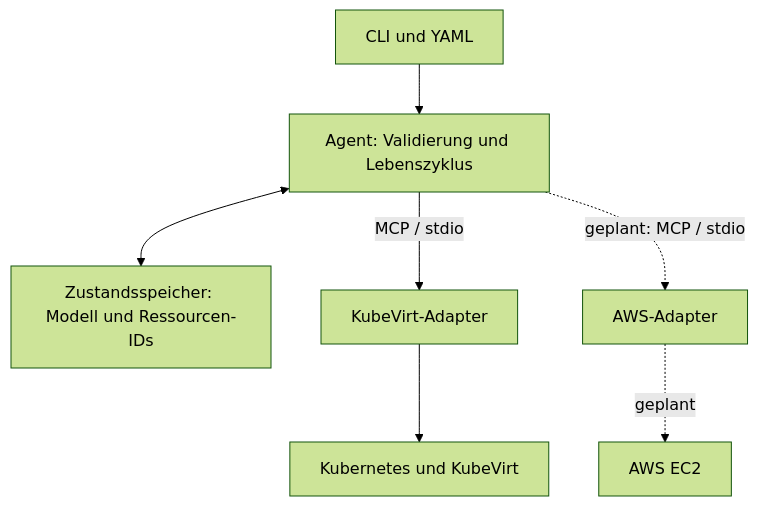
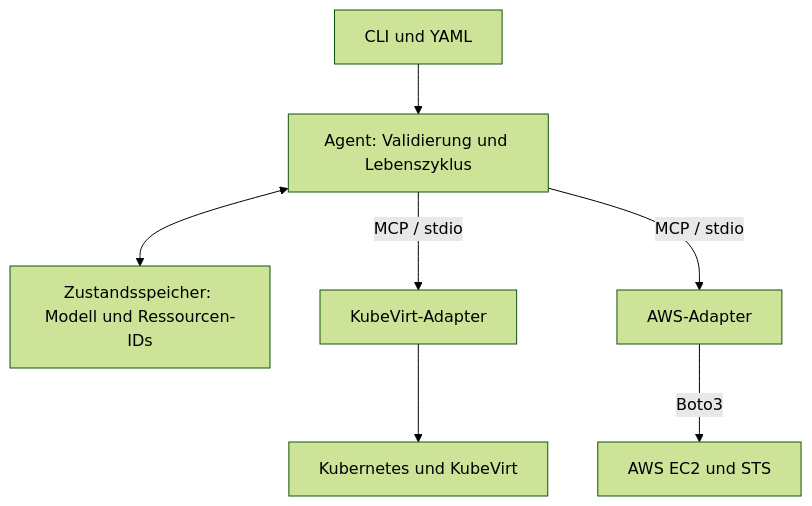
The fifth of 7 diagrams in docs/dokumentation.md (Cancani/diplomarbeit), drawn with Mermaid (forest theme) before and after one commit. The commit also changed other lines of this file and 1 other file, not shown here.

Commit message:
docs(update): AWS-Agentenbetrieb und Abbaukontrolle dokumentieren

````diff
--- a/docs/dokumentation.md
+++ b/docs/dokumentation.md
@@ -1147,9 +1149,9 @@
 ```mermaid
 flowchart TD
     Eingabe["CLI und YAML"] --> Agent["Agent: Validierung und Lebenszyklus"]
     Agent <--> Zustand["Zustandsspeicher: Modell und Ressourcen-IDs"]
     Agent -->|MCP / stdio| KubeVirtAdapter["KubeVirt-Adapter"]
-    Agent -.->|"geplant: MCP / stdio"| AWSAdapter["AWS-Adapter"]
+    Agent -->|MCP / stdio| AWSAdapter["AWS-Adapter"]
     KubeVirtAdapter --> KubeVirt["Kubernetes und KubeVirt"]
-    AWSAdapter -.->|"geplant"| AWS["AWS EC2"]
+    AWSAdapter -->|Boto3| AWS["AWS EC2 und STS"]
 ```
````
